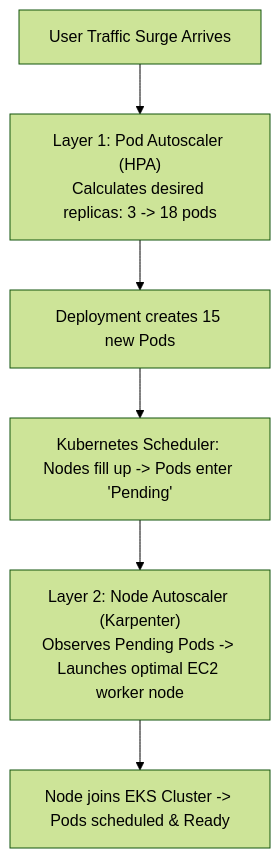
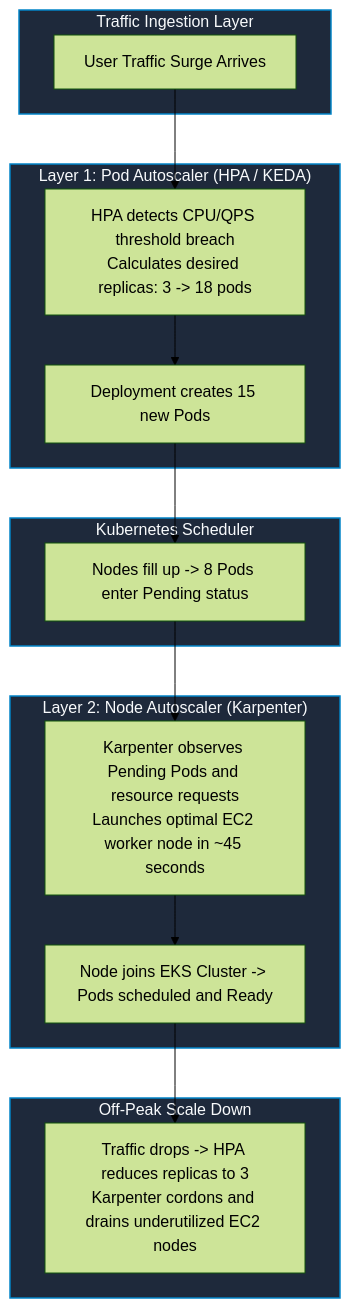
Before and after one commit to pvsafwa/devops-course-playbook: diagram 12 of 14 in DevOps_CI_CD_Master_Engineering_Blueprint.md, drawn with Mermaid (forest theme). The commit also changed other lines of this file, not shown here.

````diff
--- a/DevOps_CI_CD_Master_Engineering_Blueprint.md
+++ b/DevOps_CI_CD_Master_Engineering_Blueprint.md
@@ -425,8 +746,28 @@
 ```mermaid
 flowchart TD
-    Traffic["User Traffic Surge Arrives"] --> HPA["Layer 1: Pod Autoscaler (HPA)<br/>Calculates desired replicas: 3 -> 18 pods"]
-    HPA --> ScalePods["Deployment creates 15 new Pods"]
-    ScalePods --> Pending["Kubernetes Scheduler: Nodes fill up -> Pods enter 'Pending'"]
-    Pending --> Karpenter["Layer 2: Node Autoscaler (Karpenter)<br/>Observes Pending Pods -> Launches optimal EC2 worker node"]
-    Karpenter --> NodeReady["Node joins EKS Cluster -> Pods scheduled & Ready"]
+    subgraph TrafficLayer["Traffic Ingestion Layer"]
+        Traffic["User Traffic Surge Arrives"]
+    end
+    subgraph PodAutoscaler["Layer 1: Pod Autoscaler (HPA / KEDA)"]
+        HPA["HPA detects CPU/QPS threshold breach<br/>Calculates desired replicas: 3 -> 18 pods"]
+        ScalePods["Deployment creates 15 new Pods"]
+        HPA --> ScalePods
+    end
+    subgraph Scheduler["Kubernetes Scheduler"]
+        Pending["Nodes fill up -> 8 Pods enter Pending status"]
+    end
+    subgraph NodeAutoscaler["Layer 2: Node Autoscaler (Karpenter)"]
+        Karpenter["Karpenter observes Pending Pods and resource requests<br/>Launches optimal EC2 worker node in ~45 seconds"]
+        NodeReady["Node joins EKS Cluster -> Pods scheduled and Ready"]
+        Karpenter --> NodeReady
+    end
+    subgraph ScaleDown["Off-Peak Scale Down"]
+        Drain["Traffic drops -> HPA reduces replicas to 3<br/>Karpenter cordons and drains underutilized EC2 nodes"]
+    end
+    Traffic --> HPA
+    ScalePods --> Pending
+    Pending --> Karpenter
+    NodeReady --> Drain
+    classDef stage fill:#1e293b,stroke:#0284c7,stroke-width:1.5px,color:#f8fafc;
+    class TrafficLayer,PodAutoscaler,Scheduler,NodeAutoscaler,ScaleDown stage;
 ```
````
